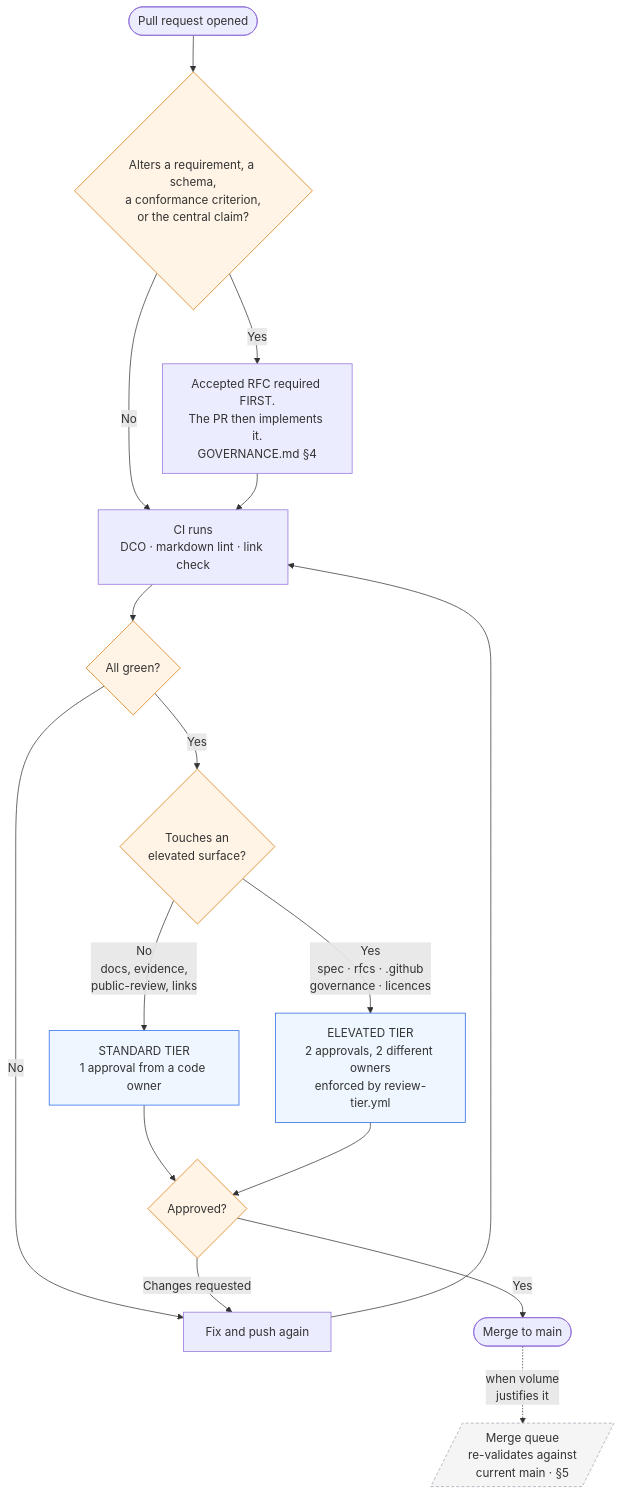
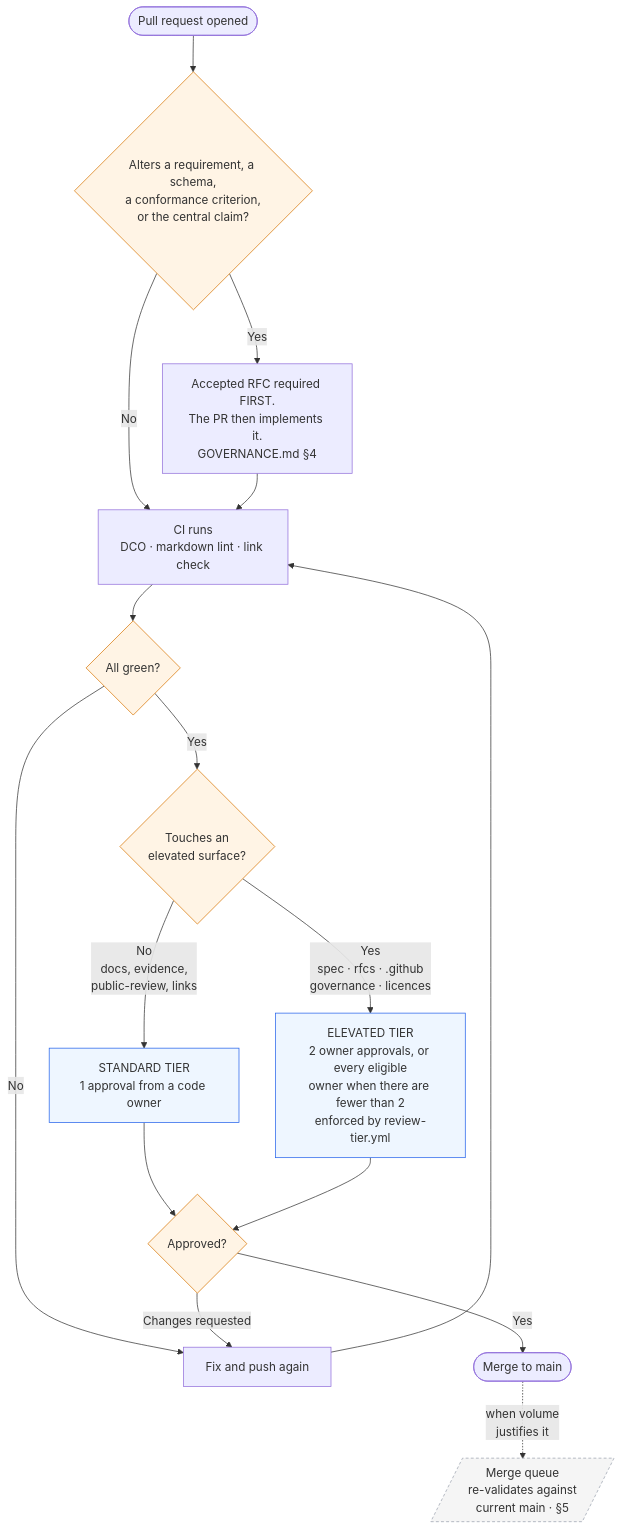
One commit to CROA-Project/CROA changed the diagram in .github/REVIEW_AND_MERGE.md. Above: the diagram before and after it, drawn with Mermaid. The commit also changed other lines of this file and 1 other file, not shown here.

````diff
--- a/.github/REVIEW_AND_MERGE.md
+++ b/.github/REVIEW_AND_MERGE.md
@@ -15,31 +15,31 @@
 ```mermaid
 flowchart TD
     PR([Pull request opened]) --> NORM{"Alters a requirement, a schema,<br/>a conformance criterion,<br/>or the central claim?"}
 
     NORM -->|Yes| RFC["Accepted RFC required FIRST.<br/>The PR then implements it.<br/>GOVERNANCE.md &sect;4"]
     NORM -->|No| CI
     RFC --> CI
 
     CI["CI runs<br/>DCO &middot; markdown lint &middot; link check"] --> GREEN{All green?}
     GREEN -->|No| FIX[Fix and push again]
     FIX --> CI
 
     GREEN -->|Yes| TIER{"Touches an<br/>elevated surface?"}
 
     TIER -->|"No<br/>docs, evidence,<br/>public-review, links"| STD["STANDARD TIER<br/>1 approval from a code owner"]
-    TIER -->|"Yes<br/>spec &middot; rfcs &middot; .github<br/>governance &middot; licences"| ELEV["ELEVATED TIER<br/>2 approvals, 2 different owners<br/>enforced by review-tier.yml"]
+    TIER -->|"Yes<br/>spec &middot; rfcs &middot; .github<br/>governance &middot; licences"| ELEV["ELEVATED TIER<br/>2 owner approvals, or every eligible<br/>owner when there are fewer than 2<br/>enforced by review-tier.yml"]
 
     STD --> VERDICT{Approved?}
     ELEV --> VERDICT
     VERDICT -->|Changes requested| FIX
     VERDICT -->|Yes| MERGE([Merge to main])
 
     MERGE -.->|"when volume<br/>justifies it"| MQ[/"Merge queue<br/>re-validates against<br/>current main &middot; &sect;5"/]
 
     classDef gate fill:#fff4e5,stroke:#d97706,stroke-width:1px
     classDef tier fill:#eef6ff,stroke:#2563eb,stroke-width:1px
     classDef later fill:#f5f5f5,stroke:#9ca3af,stroke-dasharray:4 3
     class NORM,GREEN,TIER,VERDICT gate
     class STD,ELEV tier
     class MQ later
 ```
````
